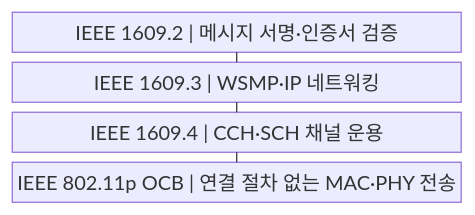
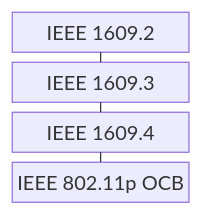
The first of 2 diagrams in src/content/docs/notes/04-network/051_ieee_802_11p_wave.md (agnusdei1207/knowledge-base), drawn with Mermaid before and after one commit. The commit also changed other lines of this file and 122 other files, not shown here.

````diff
--- a/src/content/docs/notes/04-network/051_ieee_802_11p_wave.md
+++ b/src/content/docs/notes/04-network/051_ieee_802_11p_wave.md
@@ -56,11 +56,11 @@
 ```mermaid
-block
+block-beta
     columns 1
-    A["IEEE 1609.2 | 메시지 서명·인증서 검증"]
-    B["IEEE 1609.3 | WSMP·IP 네트워킹"]
-    C["IEEE 1609.4 | CCH·SCH 채널 운용"]
-    D["IEEE 802.11p OCB | 연결 절차 없는 MAC·PHY 전송"]
+    A["IEEE 1609.2"]
+    B["IEEE 1609.3"]
+    C["IEEE 1609.4"]
+    D["IEEE 802.11p OCB"]
     A --- B
     B --- C
     C --- D
 ```
````
